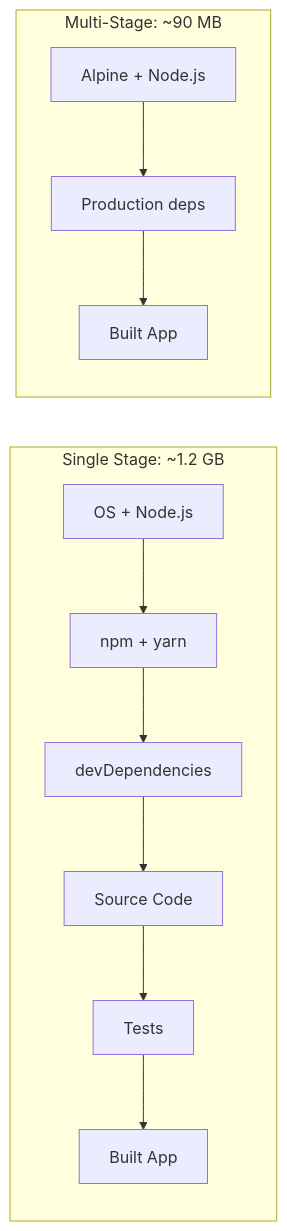
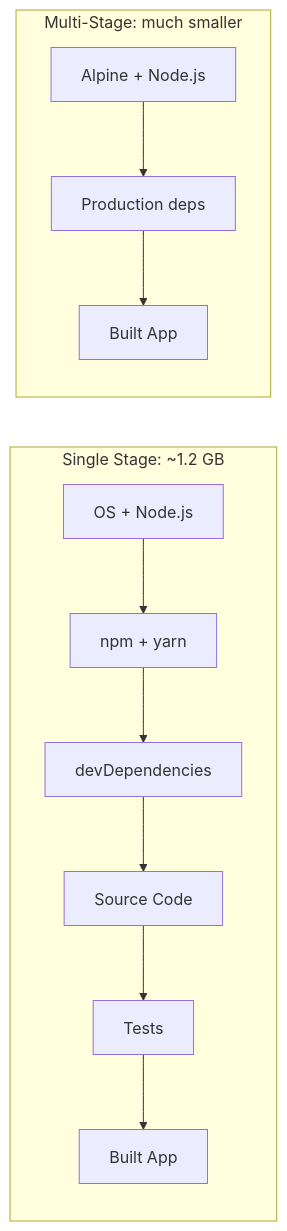
The first of 3 diagrams in posts/2026-02-20-docker-multi-stage-builds/README.md (OneUptime/blog), drawn with Mermaid before and after one commit. The commit also changed other lines of this file and 2 other files, not shown here.

Commit message:
validate: 2026-02-20-docker-multi-stage-builds

````diff
--- a/posts/2026-02-20-docker-multi-stage-builds/README.md
+++ b/posts/2026-02-20-docker-multi-stage-builds/README.md
@@ -41,15 +42,15 @@
 ```mermaid
 graph LR
     subgraph "Single Stage: ~1.2 GB"
         A[OS + Node.js] --> B[npm + yarn]
         B --> C[devDependencies]
         C --> D[Source Code]
         D --> E[Tests]
         E --> F[Built App]
     end
 
-    subgraph "Multi-Stage: ~90 MB"
+    subgraph "Multi-Stage: much smaller"
         G[Alpine + Node.js] --> H[Production deps]
         H --> I[Built App]
     end
 ```
````
